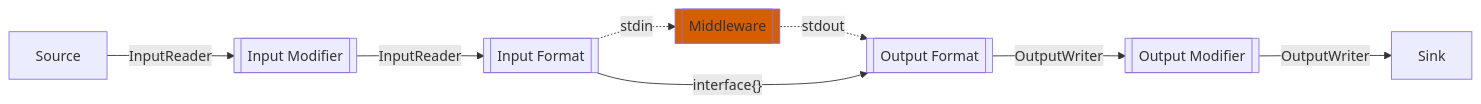
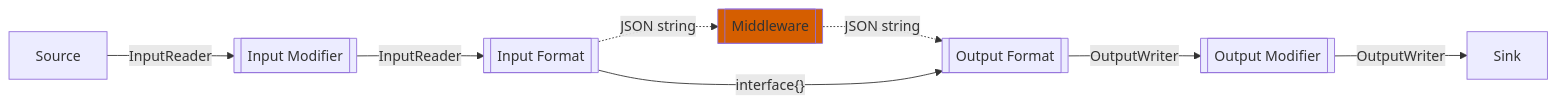
One commit to rename-this/vhs changed the third of 4 diagrams in site/content/Architecture/_index.md. Above: the diagram before and after it, drawn with Mermaid. The commit also changed other lines of this file and 1 other file, not shown here.

````diff
--- a/site/content/Architecture/_index.md
+++ b/site/content/Architecture/_index.md
@@ -145,20 +140,20 @@
 ```mermaid
 graph LR
   src[Source]
   in_mod[[Input Modifier]]
   in_fmt[[Input Format]]
   out_fmt[[Output Format]]
   mware[[Middleware]]
   out_mod[[Output Modifier]]
   sink[Sink]
 
   src -- InputReader --> in_mod
   in_mod -- InputReader --> in_fmt
-  in_fmt -. stdin .-> mware 
-  mware -. stdout .-> out_fmt
+  in_fmt -. JSON string .-> mware 
+  mware -. JSON string .-> out_fmt
   in_fmt -- "interface{}" --> out_fmt 
   out_fmt -- OutputWriter --> out_mod
   out_mod -- OutputWriter --> sink
 
   style mware fill:#D55E00
 ```
````
